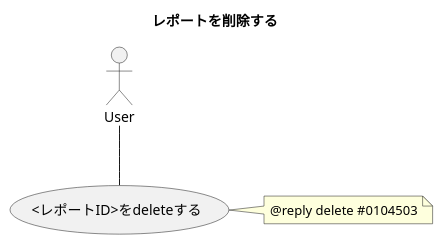
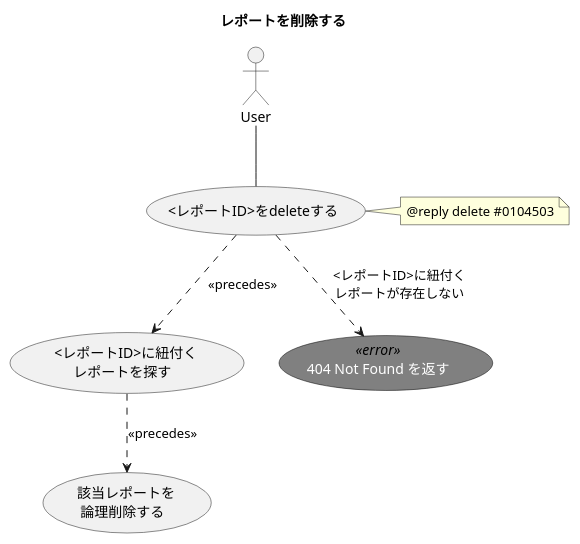
The diagram in 1.design/2.usecases/delete-report.md (ito-masam/kpt-guard.doc), drawn with PlantUML before and after one commit.

Commit message:
ユースケースにレポート削除するを追加

```diff
--- a/1.design/2.usecases/delete-report.md
+++ b/1.design/2.usecases/delete-report.md
@@ -1,30 +1,28 @@
 @startuml
 
     ' ----------- meta
     title レポートを削除する
 
     skinparam usecase {
       FontColor<<error>> white
       FontName<<error>> Verdana
       BackgroundColor<<error>> gray
       BorderColor<<error>> black
     }
 
     actor User
 
     ' ----------- main
     User -- ( <レポートID>をdeleteする )
+    ( <レポートID>をdeleteする ) ..> ( <レポートID>に紐付く\nレポートを探す ) : << precedes >>
+    ( <レポートID>に紐付く\nレポートを探す ) ..> ( 該当レポートを\n論理削除する ) : << precedes >>
 
     note right of ( <レポートID>をdeleteする )
       @reply delete #0104503
     end note
 
-' 1. slackのbotとして動作する
-' 1. botは@replyでコマンドとレポートIDを受け付ける
-' 1. 受け付けるコマンドは`delete #<レポートID>`
-' 1. botは受け付けたレポートIDに紐つくレポートを論理削除する
-' 	- 代替コース：受け付けたレポートIDに紐つくレポートが存在しない場合は、`404 Not Found`を返して終わる。
-' 1. 履歴は保存しない
-' 1. 改善状態を変更しない
+    ' ----------- alternative
+    ( 404 Not Found を返す ) <<error>>
+    ( <レポートID>をdeleteする ) ..> ( 404 Not Found を返す ) : <レポートID>に紐付く\nレポートが存在しない
 
 @enduml
```
